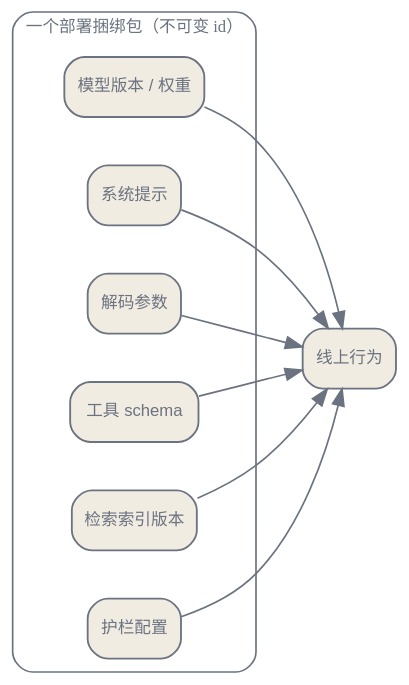
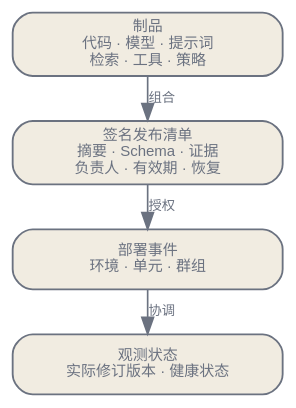
The first of 3 diagrams in zh/practice/09-deployment-lifecycle.qmd (latere-ai/ai-as-an-infrastructure), drawn with Graphviz before and after one commit. The commit also changed other lines of this file and 2 other files, not shown here.

````diff
--- a/zh/practice/09-deployment-lifecycle.qmd
+++ b/zh/practice/09-deployment-lifecycle.qmd
@@ -15,29 +27,19 @@
 ```{dot}
 //| label: fig-deploy-bundle
-//| fig-cap: "可部署的产物是一个捆绑包，而非一个 checkpoint。登记表钉住每一个能移动输出的元素，并用一个不可变 id 指向整体，于是行为变化总能归因到一次有名有姓的部署。"
+//| fig-cap: "发布清单把不可变制品与有界的可变依赖组合起来。部署事件把它分配给环境，观测状态则证明实际提供服务的版本。"
 digraph {
   bgcolor="transparent";
-  rankdir=LR;
-  nodesep=0.4; ranksep=0.5;
-  node [shape=box, style="rounded,filled", fontname="Helvetica", fontsize=10, color="#6b7280", fontcolor="#6b7280", fillcolor="#f1ece1", penwidth=1.1];
-  edge [fontsize=10, fontname="Helvetica", color="#6b7280", fontcolor="#6b7280"];
+  rankdir=TB;
+  nodesep=0.18; ranksep=0.24;
+  node [shape=box, style="rounded,filled", fontname="Helvetica", fontsize=9, color="#6b7280", fontcolor="#6b7280", fillcolor="#f1ece1", penwidth=1.1, width=2.25];
+  edge [fontsize=8, fontname="Helvetica", color="#6b7280", fontcolor="#6b7280"];
 
-  subgraph cluster_B {
-    label="一个部署捆绑包（不可变 id）";
-    style=rounded; color="#6b7280"; fontcolor="#6b7280"; fontsize=10;
-    W [label="模型版本 / 权重"];
-    P [label="系统提示"];
-    D [label="解码参数"];
-    T [label="工具 schema"];
-    R [label="检索索引版本"];
-    G [label="护栏配置"];
-  }
-  S [label="线上行为"];
-  W -> S;
-  P -> S;
-  D -> S;
-  T -> S;
-  R -> S;
-  G -> S;
+  A [label="制品\n代码 · 模型 · 提示词\n检索 · 工具 · 策略"];
+  M [label="签名发布清单\n摘要 · Schema · 证据\n负责人 · 有效期 · 恢复"];
+  D [label="部署事件\n环境 · 单元 · 群组"];
+  O [label="观测状态\n实际修订版本 · 健康状态"];
+  A -> M [label="组合"];
+  M -> D [label="授权"];
+  D -> O [label="协调"];
 }
 ```
````
